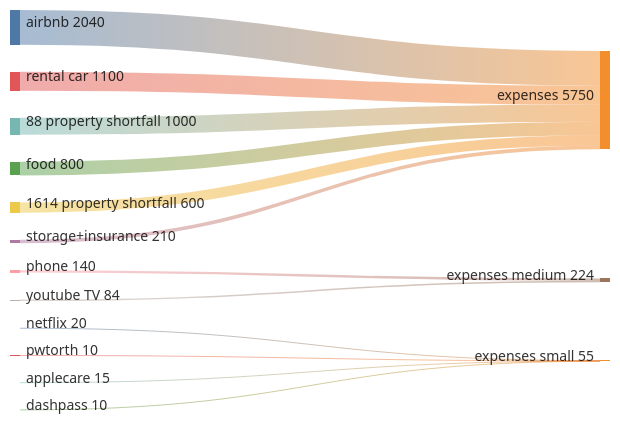
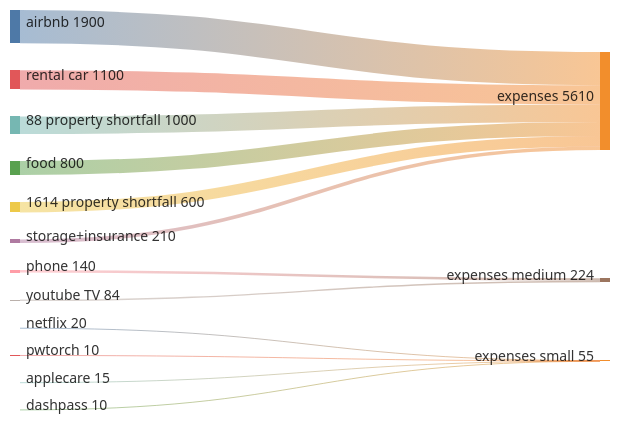
Before and after one commit to sarnobat/mermaid: the first of 6 diagrams in README.md, drawn with Mermaid.

Commit message:
2025-02-05: Minor changes (untested)

````diff
--- a/README.md
+++ b/README.md
@@ -5,20 +5,20 @@
 ```mermaid
 ---
 config:
   sankey:
     showValues: true
 ---
 sankey-beta
-airbnb,expenses,2040
+airbnb,expenses,1900
 rental car,expenses,1100
 88 property shortfall,expenses,1000
 food,expenses,800
 1614 property shortfall,expenses,600
 storage+insurance,expenses,210
 phone,expenses medium,140
 youtube TV,expenses medium,84
 netflix,expenses small,20
-pwtorth,expenses small,10
+pwtorch,expenses small,10
 applecare,expenses small,15
 dashpass,expenses small,10
 ```
````
